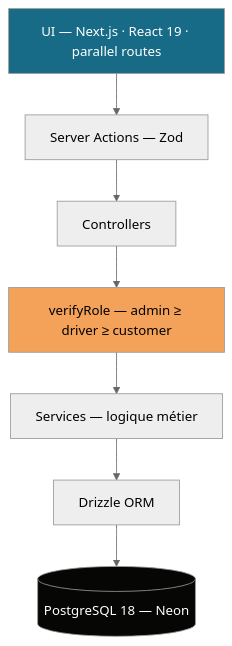
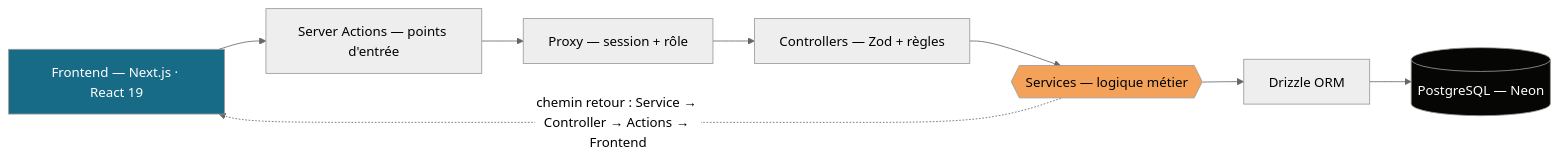
One commit to Mamoru-fr/AMT-Express changed the eighth of 9 diagrams in documents/dossiers/dossierProjet/v1-complet/dossierProjetRNCP.md. Above: the diagram before and after it, drawn with Mermaid (neutral theme). The commit also changed other lines of this file, not shown here.

Commit message:
docs(rncp): §6.1 architecture nommée (clean architecture hexagonale + Server Actions), diagramme horizontal conforme au flux réel, garde-fous AUTORISER/VALIDER/TRACER, stack résumée en §4.1

````diff
--- a/documents/dossiers/dossierProjet/v1-complet/dossierProjetRNCP.md
+++ b/documents/dossiers/dossierProjet/v1-complet/dossierProjetRNCP.md
@@ -529,12 +530,13 @@
 ```mermaid
-flowchart TB
-    A["UI — Next.js · React 19 · parallel routes"] --> B["Server Actions — Zod"]
-    B --> C["Controllers"]
-    C --> D["verifyRole — admin ≥ driver ≥ customer"]
-    D --> E["Services — logique métier"]
-    E --> F["Drizzle ORM"]
-    F --> G[("PostgreSQL 18 — Neon")]
-    style A fill:#176B87,color:#fff
-    style D fill:#F4A259,color:#000
-    style G fill:#060605,color:#fff
+flowchart LR
+    FE["Frontend — Next.js · React 19"] --> SA["Server Actions — points d'entrée"]
+    SA --> PX["Proxy — session + rôle"]
+    PX --> CT["Controllers — Zod + règles"]
+    CT --> SV{{"Services — logique métier"}}
+    SV --> DR["Drizzle ORM"]
+    DR --> DB[("PostgreSQL — Neon")]
+    SV -. "chemin retour : Service → Controller → Actions → Frontend" .-> FE
+    style FE fill:#176B87,color:#fff
+    style SV fill:#F4A259,color:#000
+    style DB fill:#060605,color:#fff
 ```
````
